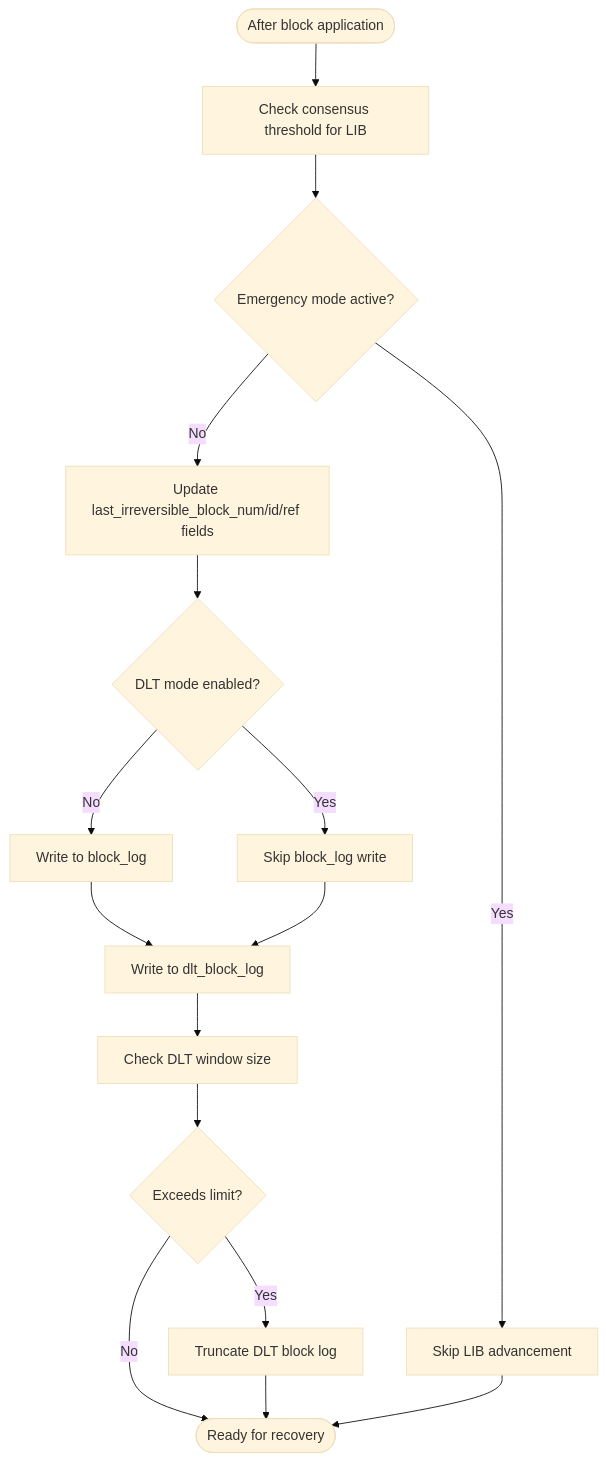
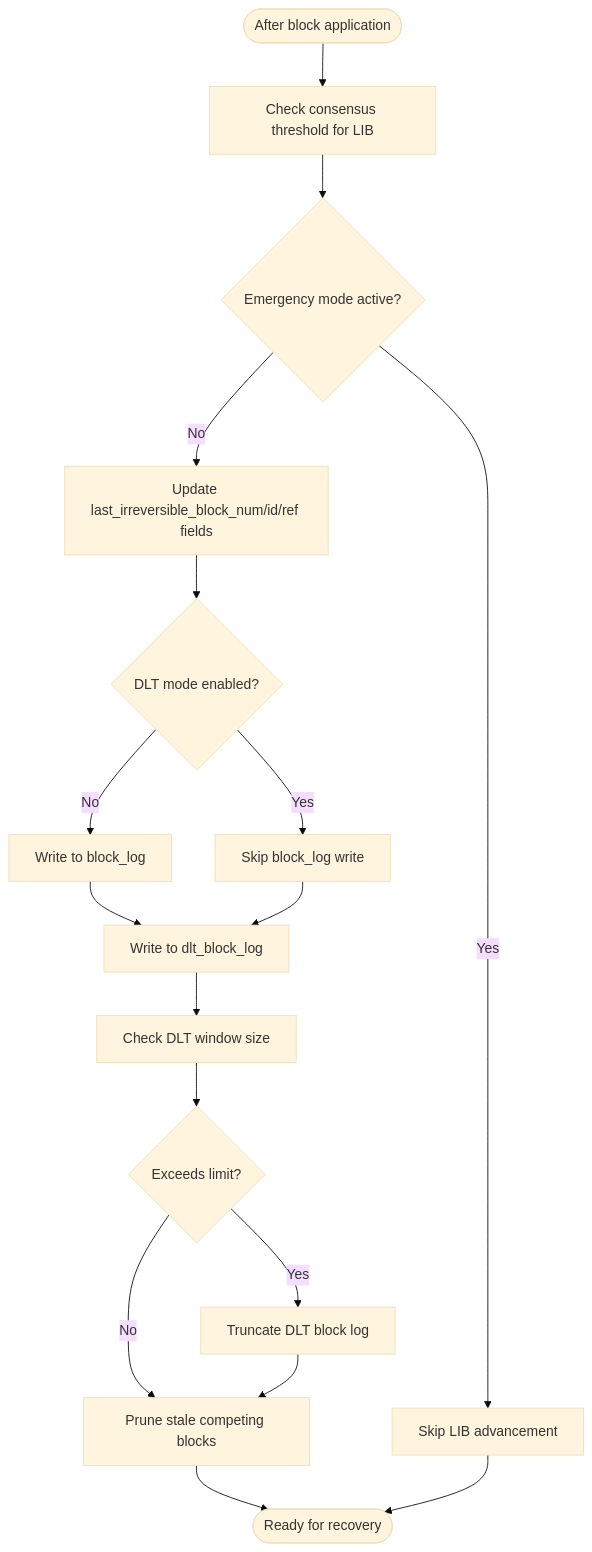
One commit to VIZ-Blockchain/viz-cpp-node changed the tenth of 17 diagrams in .qoder/repowiki/en/content/Architecture Overview/Core Libraries/Chain Library/Fork Resolution and Consensus.md. Above: the diagram before and after it, drawn with Mermaid (base theme). The commit also changed other lines of this file and 4 other files, not shown here.

````diff
--- a/.qoder/repowiki/en/content/Architecture Overview/Core Libraries/Chain Library/Fork Resolution and Consensus.md
+++ b/.qoder/repowiki/en/content/Architecture Overview/Core Libraries/Chain Library/Fork Resolution and Consensus.md
@@ -454,18 +510,19 @@
 ```mermaid
 flowchart TD
 Start(["After block application"]) --> CheckLIB["Check consensus threshold for LIB"]
 CheckLIB --> CheckEmergency{"Emergency mode active?"}
 CheckEmergency --> |Yes| SkipLIB["Skip LIB advancement"]
 CheckEmergency --> |No| UpdateLIB["Update last_irreversible_block_num/id/ref fields"]
 UpdateLIB --> CheckDLT{"DLT mode enabled?"}
 CheckDLT --> |Yes| SkipBlockLog["Skip block_log write"]
 CheckDLT --> |No| WriteBlockLog["Write to block_log"]
 WriteBlockLog --> WriteDLT["Write to dlt_block_log"]
 SkipBlockLog --> WriteDLT
 WriteDLT --> CheckDLTWindow["Check DLT window size"]
 CheckDLTWindow --> Truncate{"Exceeds limit?"}
 Truncate --> |Yes| TruncateDLT["Truncate DLT block log"]
-Truncate --> |No| End(["Ready for recovery"])
-TruncateDLT --> End
+Truncate --> |No| PruneStale["Prune stale competing blocks"]
+TruncateDLT --> PruneStale
+PruneStale --> End(["Ready for recovery"])
 SkipLIB --> End
 ```
````
